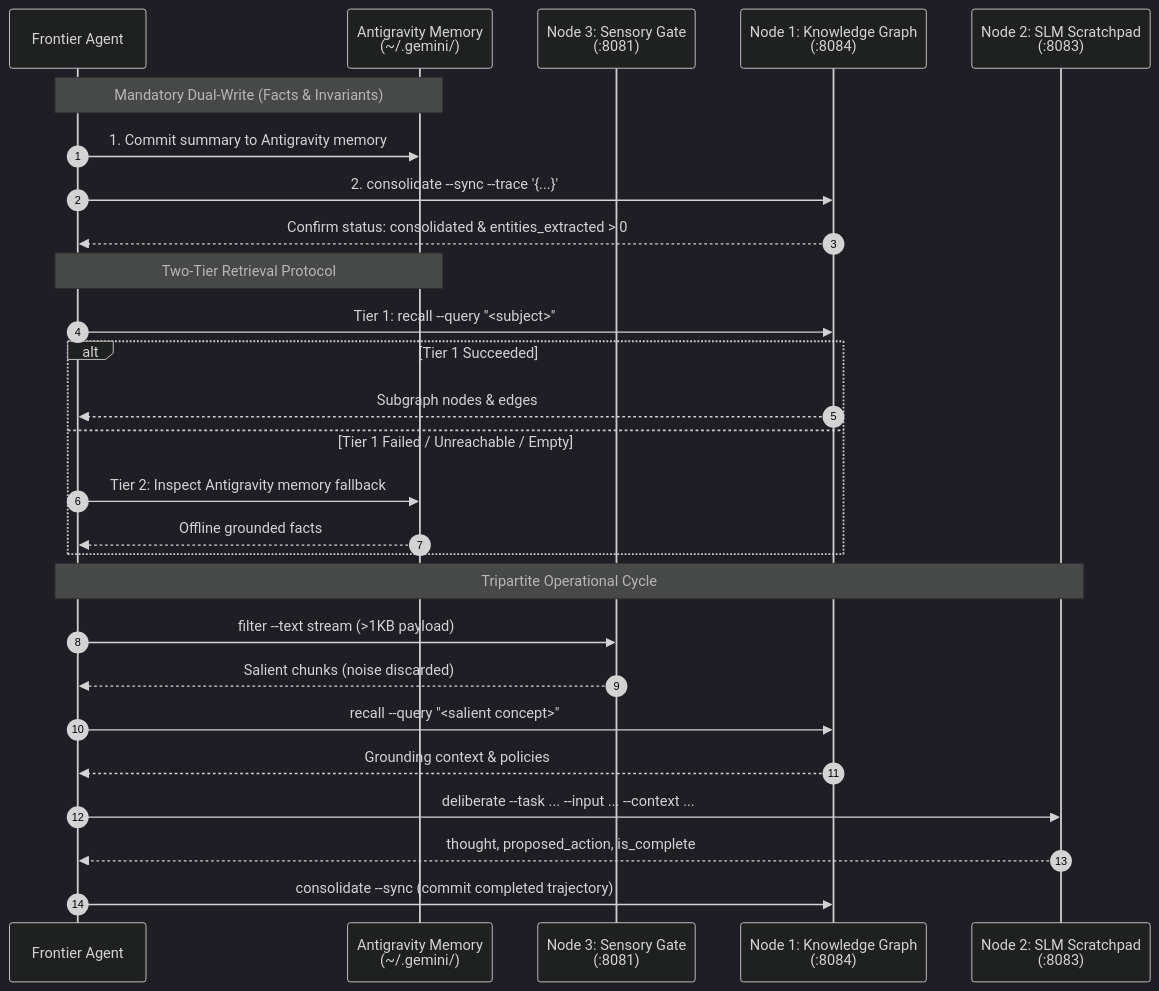
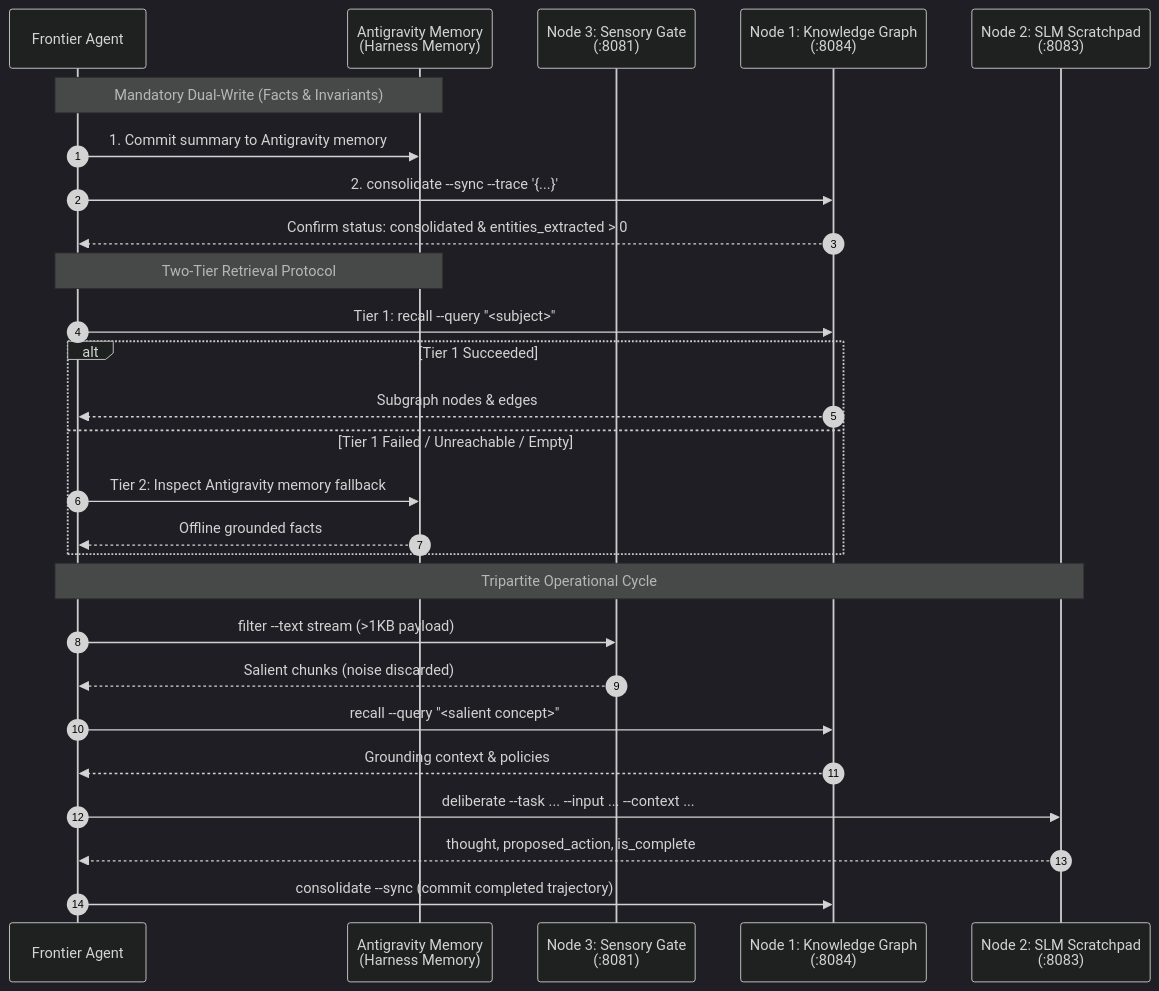
Before and after one commit to Duara-Cortex/share-skills: the diagram in skills/antigravity/memory/cluster-memory/SKILL.md, drawn with Mermaid (dark theme). The commit also changed other lines of this file and 10 other files, not shown here.

````diff
--- a/skills/antigravity/memory/cluster-memory/SKILL.md
+++ b/skills/antigravity/memory/cluster-memory/SKILL.md
@@ -26,32 +26,32 @@
 ```mermaid
 sequenceDiagram
     autonumber
     participant Agent as Frontier Agent
-    participant Local as Antigravity Memory<br/>(~/.gemini/)
+    participant Local as Antigravity Memory<br/>(Harness Memory)
     participant N3 as Node 3: Sensory Gate<br/>(:8081)
     participant N1 as Node 1: Knowledge Graph<br/>(:8084)
     participant N2 as Node 2: SLM Scratchpad<br/>(:8083)
 
     Note over Agent,Local: Mandatory Dual-Write (Facts & Invariants)
     Agent->>Local: 1. Commit summary to Antigravity memory
     Agent->>N1: 2. consolidate --sync --trace '{...}'
     N1-->>Agent: Confirm status: consolidated & entities_extracted > 0
 
     Note over Agent,Local: Two-Tier Retrieval Protocol
     Agent->>N1: Tier 1: recall --query "<subject>"
     alt Tier 1 Succeeded
         N1-->>Agent: Subgraph nodes & edges
     else Tier 1 Failed / Unreachable / Empty
         Agent->>Local: Tier 2: Inspect Antigravity memory fallback
         Local-->>Agent: Offline grounded facts
     end
 
     Note over Agent,N2: Tripartite Operational Cycle
     Agent->>N3: filter --text stream (>1KB payload)
     N3-->>Agent: Salient chunks (noise discarded)
     Agent->>N1: recall --query "<salient concept>"
     N1-->>Agent: Grounding context & policies
     Agent->>N2: deliberate --task ... --input ... --context ...
     N2-->>Agent: thought, proposed_action, is_complete
     Agent->>N1: consolidate --sync (commit completed trajectory)
 ```
````
